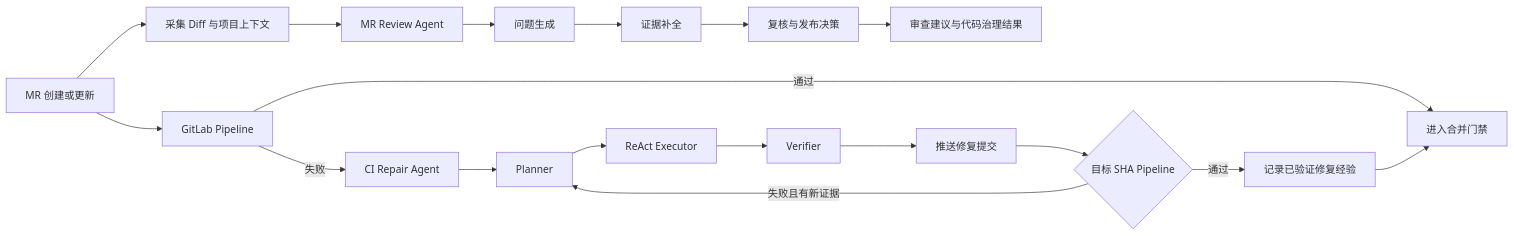
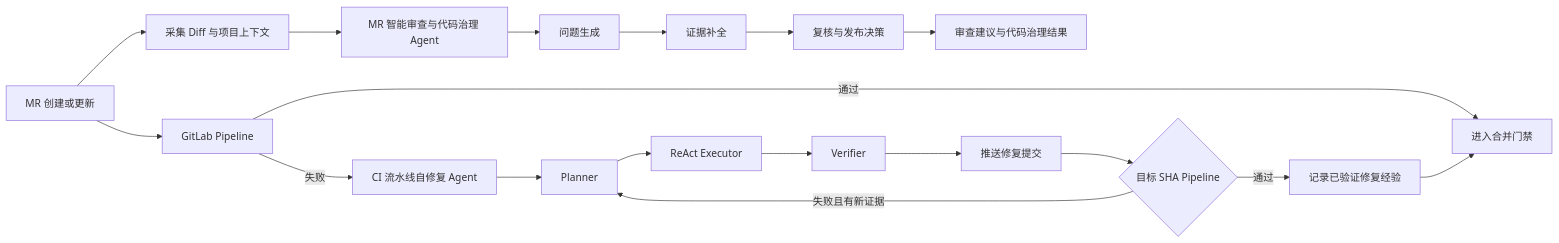
The diagram in README.md (ZJunCher/mr-agent), drawn with Mermaid before and after one commit. The commit also changed other lines of this file, not shown here.

Commit message:
docs: align agent names with resume

````diff
--- a/README.md
+++ b/README.md
@@ -27,21 +27,21 @@
 ```mermaid
 flowchart LR
     A[MR 创建或更新] --> B[采集 Diff 与项目上下文]
-    B --> C[MR Review Agent]
+    B --> C[MR 智能审查与代码治理 Agent]
     C --> C1[问题生成]
     C1 --> C2[证据补全]
     C2 --> C3[复核与发布决策]
     C3 --> D[审查建议与代码治理结果]
 
     A --> E[GitLab Pipeline]
     E -->|通过| F[进入合并门禁]
-    E -->|失败| G[CI Repair Agent]
+    E -->|失败| G[CI 流水线自修复 Agent]
     G --> G1[Planner]
     G1 --> G2[ReAct Executor]
     G2 --> G3[Verifier]
     G3 --> H[推送修复提交]
     H --> I{目标 SHA Pipeline}
     I -->|失败且有新证据| G1
     I -->|通过| J[记录已验证修复经验]
     J --> F
 ```
````
